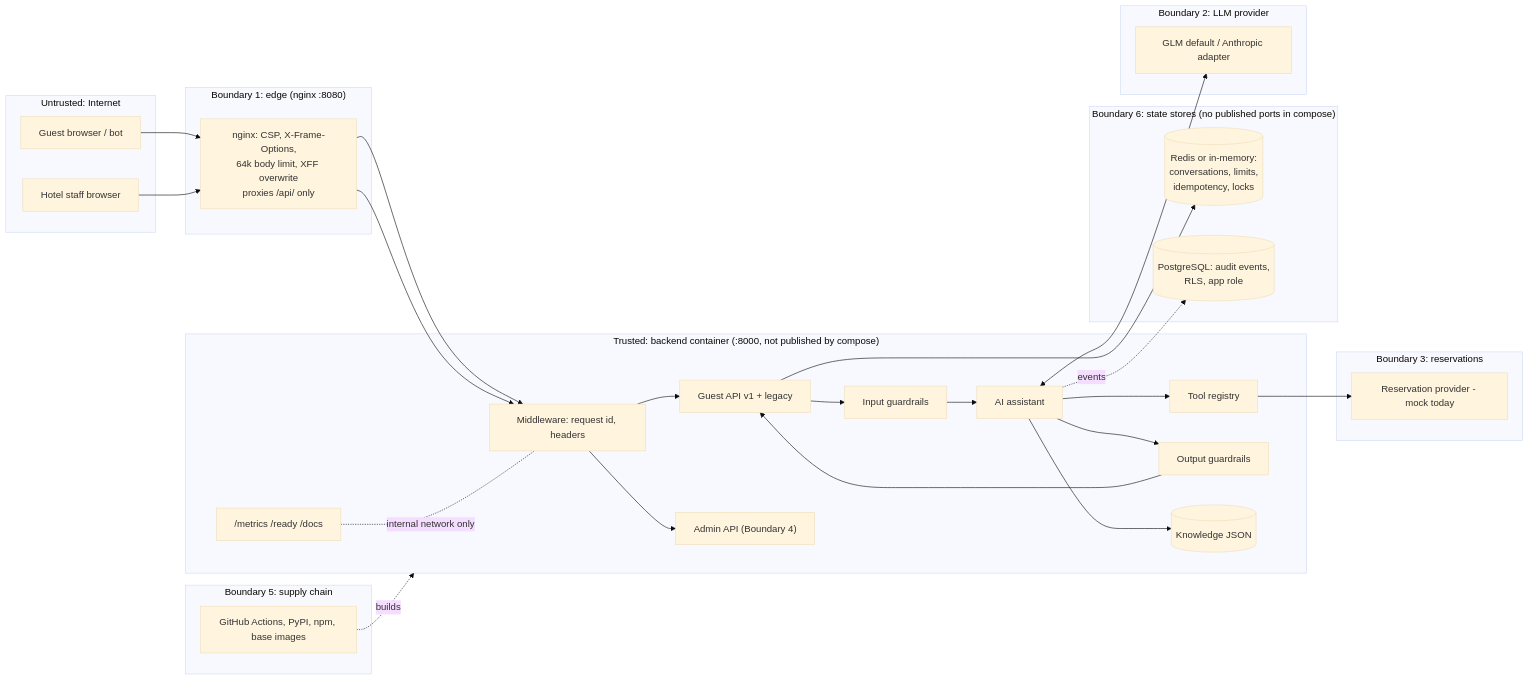
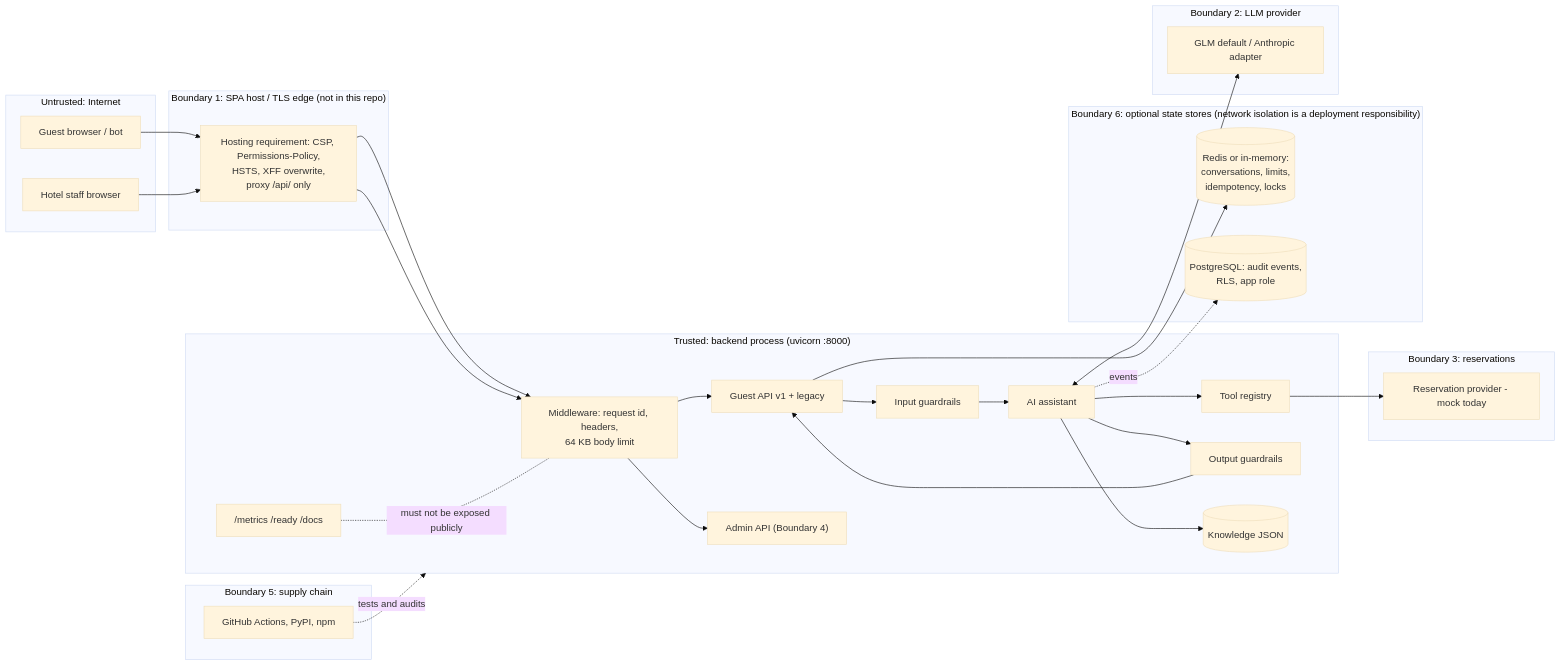
Before and after one commit to chandu0580/simplotel-agent: the diagram in docs/THREAT_MODEL.md, drawn with Mermaid (base theme). The commit also changed other lines of this file and 30 other files, not shown here.

````diff
--- a/docs/THREAT_MODEL.md
+++ b/docs/THREAT_MODEL.md
@@ -54,44 +54,44 @@
 ```mermaid
 flowchart LR
   subgraph Internet["Untrusted: Internet"]
     G[Guest browser / bot]
     A[Hotel staff browser]
   end
-  subgraph Edge["Boundary 1: edge (nginx :8080)"]
-    N["nginx: CSP, X-Frame-Options,<br/>64k body limit, XFF overwrite<br/>proxies /api/ only"]
+  subgraph Edge["Boundary 1: SPA host / TLS edge (not in this repo)"]
+    N["Hosting requirement: CSP, Permissions-Policy,<br/>HSTS, XFF overwrite,<br/>proxy /api/ only"]
   end
-  subgraph Platform["Trusted: backend container (:8000, not published by compose)"]
-    MW[Middleware: request id, headers]
+  subgraph Platform["Trusted: backend process (uvicorn :8000)"]
+    MW[Middleware: request id, headers,<br/>64 KB body limit]
     GA[Guest API v1 + legacy]
     AD["Admin API (Boundary 4)"]
     OPS["/metrics /ready /docs"]
     IG[Input guardrails]
     AG[AI assistant]
     TR[Tool registry]
     OG[Output guardrails]
     KB[(Knowledge JSON)]
   end
-  subgraph STATE["Boundary 6: state stores (no published ports in compose)"]
+  subgraph STATE["Boundary 6: optional state stores (network isolation is a deployment responsibility)"]
     CV[(Redis or in-memory:<br/>conversations, limits,<br/>idempotency, locks)]
     PG[(PostgreSQL: audit events,<br/>RLS, app role)]
   end
   subgraph LLM["Boundary 2: LLM provider"]
     AN[GLM default / Anthropic adapter]
   end
   subgraph RES["Boundary 3: reservations"]
     RP[Reservation provider - mock today]
   end
   subgraph SC["Boundary 5: supply chain"]
-    CI[GitHub Actions, PyPI, npm, base images]
+    CI[GitHub Actions, PyPI, npm]
   end
   G --> N --> MW --> GA --> IG --> AG
   A --> N --> MW --> AD
   AG <--> AN
   AG --> TR --> RP
   AG --> OG --> GA
   GA --> CV
   AG -. events .-> PG
   AG --> KB
-  OPS -. internal network only .- MW
-  CI -. builds .-> Platform
+  OPS -. must not be exposed publicly .- MW
+  CI -. tests and audits .-> Platform
 ```
````
